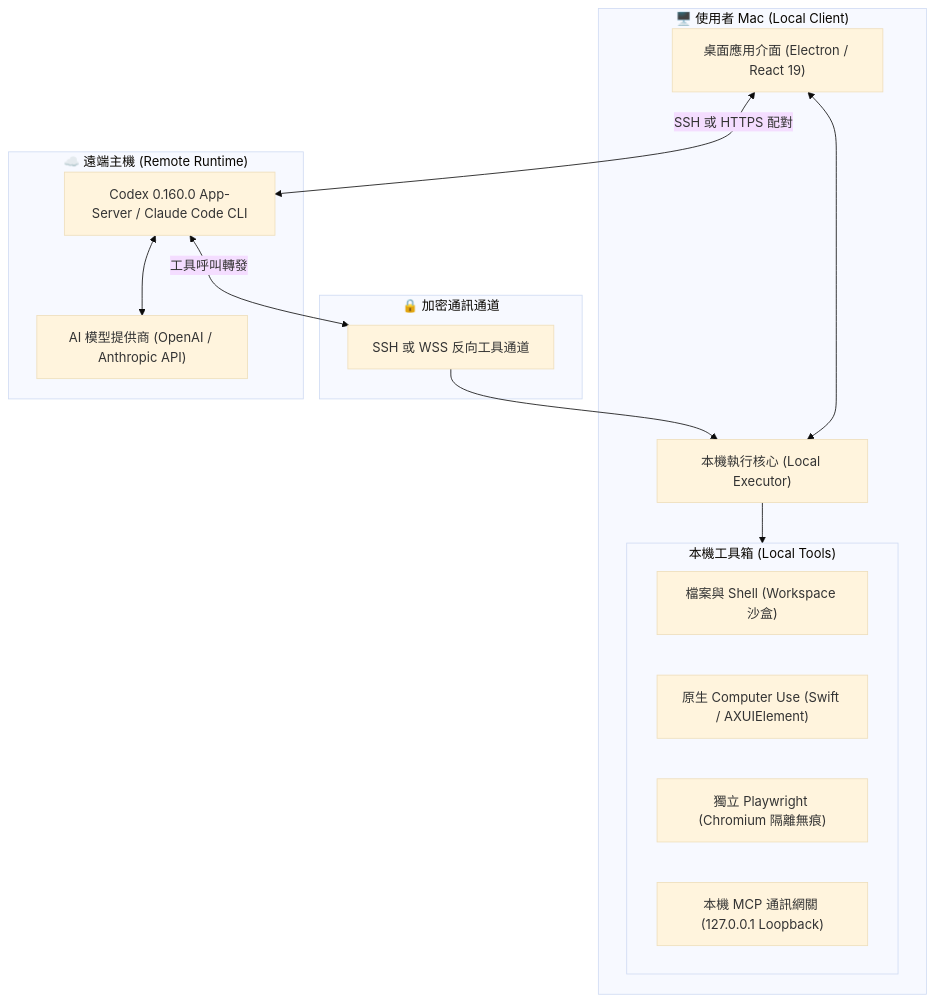
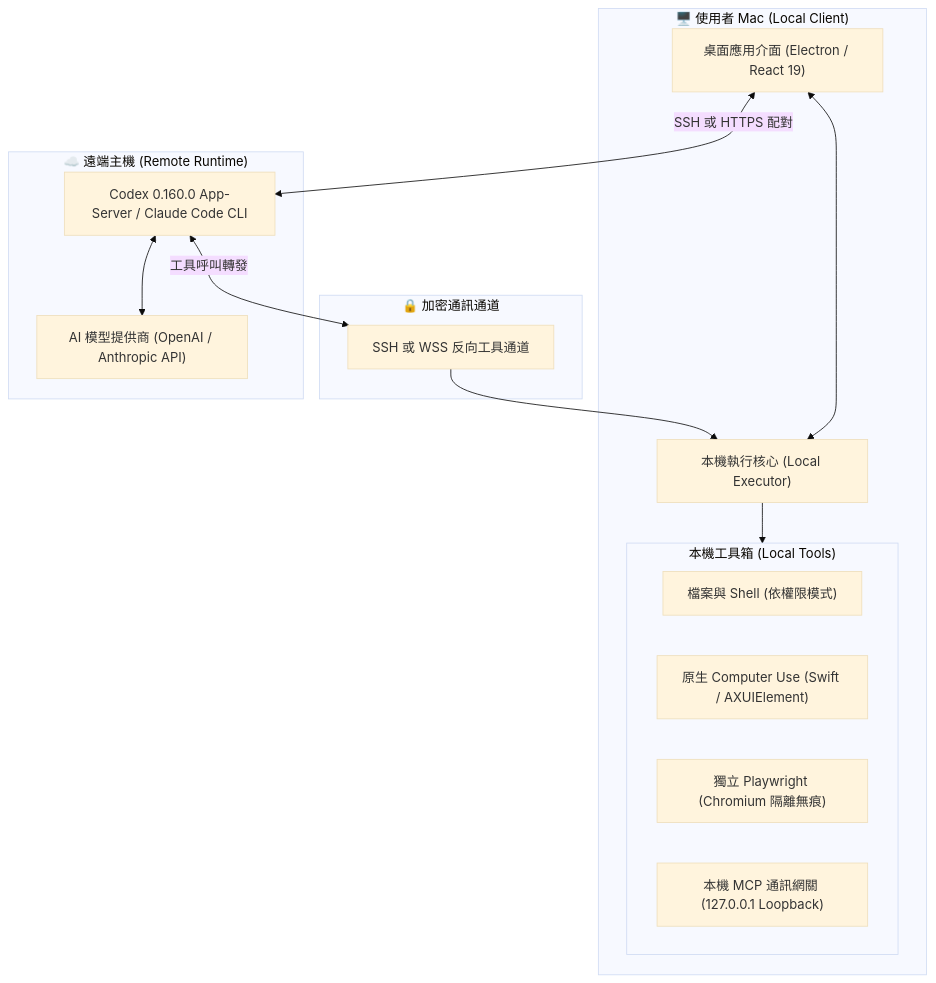
The diagram in README.md (iancheng64-cmd/AgentBridgeStudio), drawn with Mermaid (base theme) before and after one commit. The commit also changed other lines of this file and 33 other files, not shown here.

````diff
--- a/README.md
+++ b/README.md
@@ -36,30 +48,30 @@
 ```mermaid
 flowchart TD
     subgraph Local["🖥️ 使用者 Mac (Local Client)"]
         UI["桌面應用介面 (Electron / React 19)"]
         Core["本機執行核心 (Local Executor)"]
         
         subgraph Tools["本機工具箱 (Local Tools)"]
-            FS["檔案與 Shell (Workspace 沙盒)"]
+            FS["檔案與 Shell (依權限模式)"]
             CU["原生 Computer Use (Swift / AXUIElement)"]
             Browser["獨立 Playwright (Chromium 隔離無痕)"]
             MCPGateway["本機 MCP 通訊網關 (127.0.0.1 Loopback)"]
         end
         
         UI <--> Core
         Core --> Tools
     end
 
     subgraph Tunnel["🔒 加密通訊通道"]
         SSH["SSH 或 WSS 反向工具通道"]
     end
 
     subgraph Remote["☁️ 遠端主機 (Remote Runtime)"]
         Daemon["Codex 0.160.0 App-Server / Claude Code CLI"]
         LLM["AI 模型提供商 (OpenAI / Anthropic API)"]
         Daemon <--> LLM
     end
 
     UI <-- SSH 或 HTTPS 配對 --> Daemon
     Daemon <-- 工具呼叫轉發 --> SSH --> Core
 ```
````
